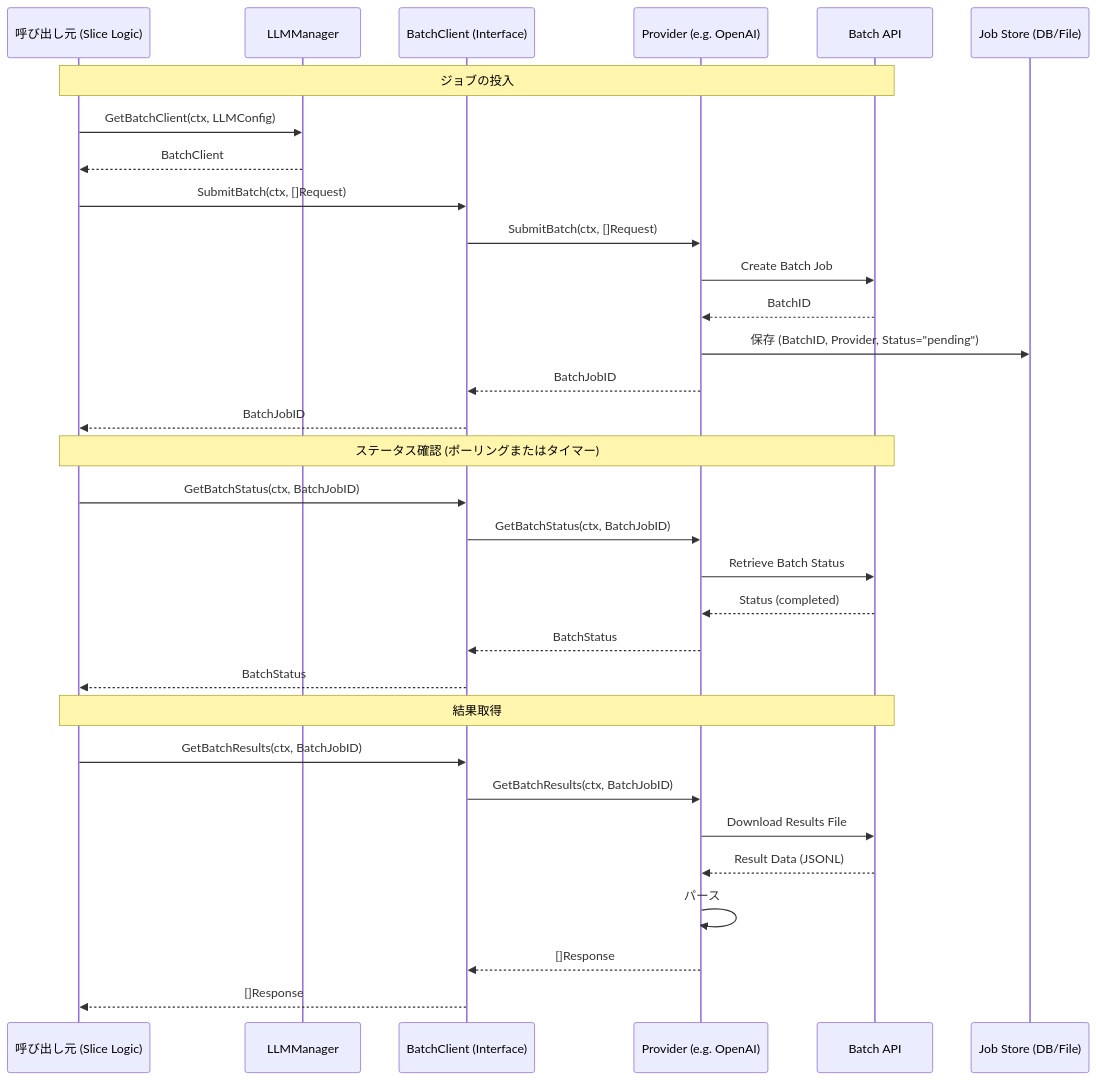
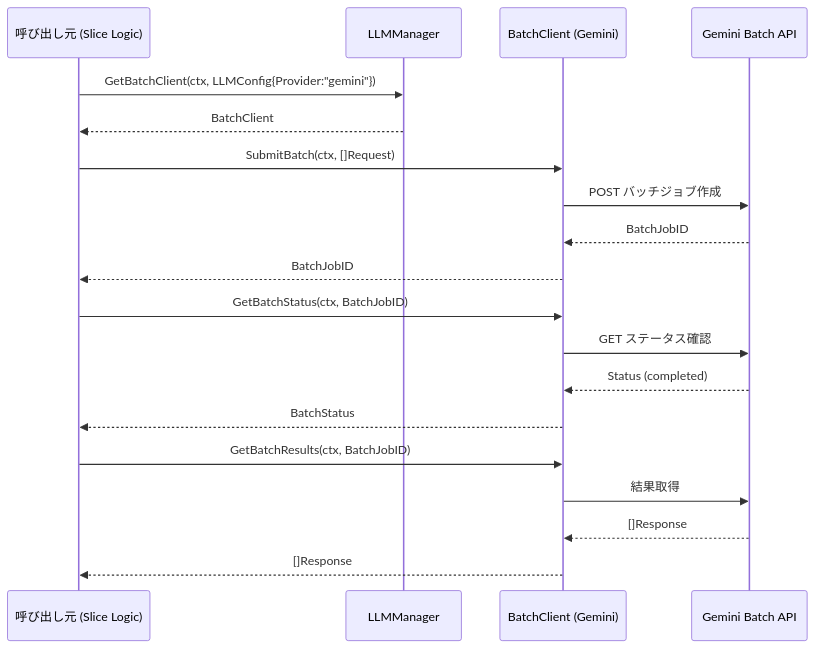
The second of 4 diagrams in specs/LLMClient/llm_client_sequence_diagram.md (ishibata91/ai-translation-engine-2), drawn with Mermaid before and after one commit. The commit also changed other lines of this file and 19 other files, not shown here.

Commit message:
feat: Introduce LLM client management with support for Gemini, Local, and xAI providers, including retry logic and comprehensive specifications.

````diff
--- a/specs/LLMClient/llm_client_sequence_diagram.md
+++ b/specs/LLMClient/llm_client_sequence_diagram.md
@@ -29,37 +29,24 @@
 ```mermaid
 sequenceDiagram
     participant App as 呼び出し元 (Slice Logic)
     participant Manager as LLMManager
-    participant Batch as BatchClient (Interface)
-    participant Provider as Provider (e.g. OpenAI)
-    participant API as Batch API
-    participant Store as Job Store (DB/File)
+    participant Batch as BatchClient (Gemini)
+    participant API as Gemini Batch API
 
-    Note over App, API: ジョブの投入
-    App->>Manager: GetBatchClient(ctx, LLMConfig)
+    App->>Manager: GetBatchClient(ctx, LLMConfig{Provider:"gemini"})
     Manager-->>App: BatchClient
     App->>Batch: SubmitBatch(ctx, []Request)
-    Batch->>Provider: SubmitBatch(ctx, []Request)
-    Provider->>API: Create Batch Job
-    API-->>Provider: BatchID
-    Provider->>Store: 保存 (BatchID, Provider, Status="pending")
-    Provider-->>Batch: BatchJobID
+    Batch->>API: POST バッチジョブ作成
+    API-->>Batch: BatchJobID
     Batch-->>App: BatchJobID
 
-    Note over App, API: ステータス確認 (ポーリングまたはタイマー)
     App->>Batch: GetBatchStatus(ctx, BatchJobID)
-    Batch->>Provider: GetBatchStatus(ctx, BatchJobID)
-    Provider->>API: Retrieve Batch Status
-    API-->>Provider: Status (completed)
-    Provider-->>Batch: BatchStatus
+    Batch->>API: GET ステータス確認
+    API-->>Batch: Status (completed)
     Batch-->>App: BatchStatus
 
-    Note over App, API: 結果取得
     App->>Batch: GetBatchResults(ctx, BatchJobID)
-    Batch->>Provider: GetBatchResults(ctx, BatchJobID)
-    Provider->>API: Download Results File
-    API-->>Provider: Result Data (JSONL)
-    Provider->>Provider: パース
-    Provider-->>Batch: []Response
+    Batch->>API: 結果取得
+    API-->>Batch: []Response
     Batch-->>App: []Response
 ```
````
